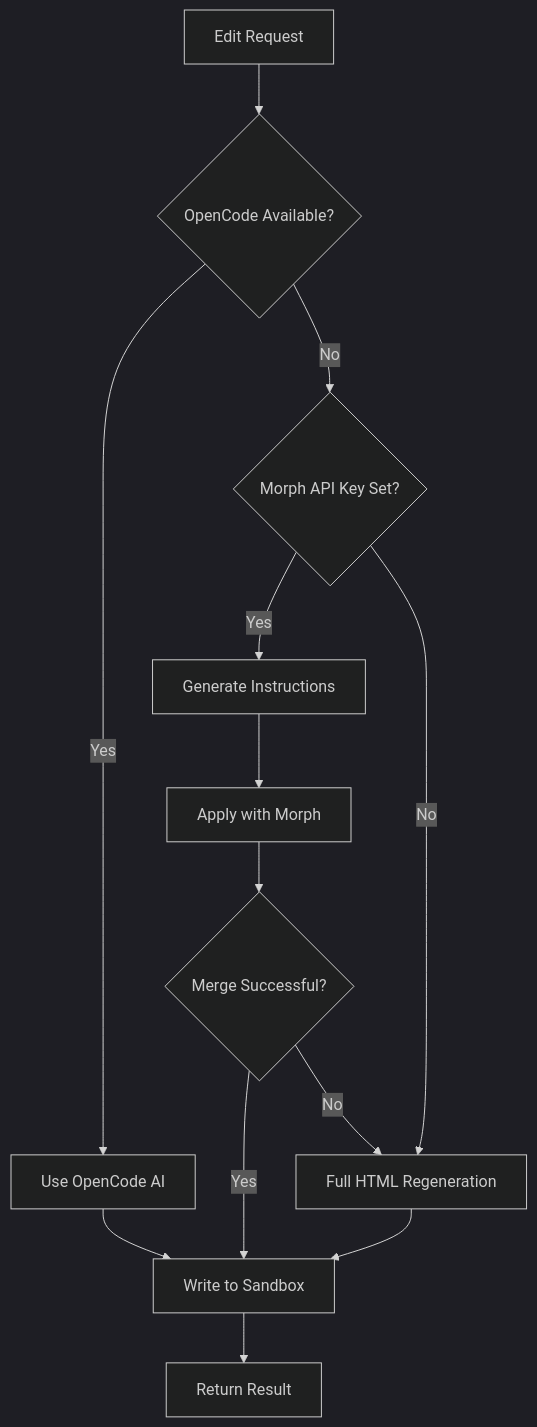
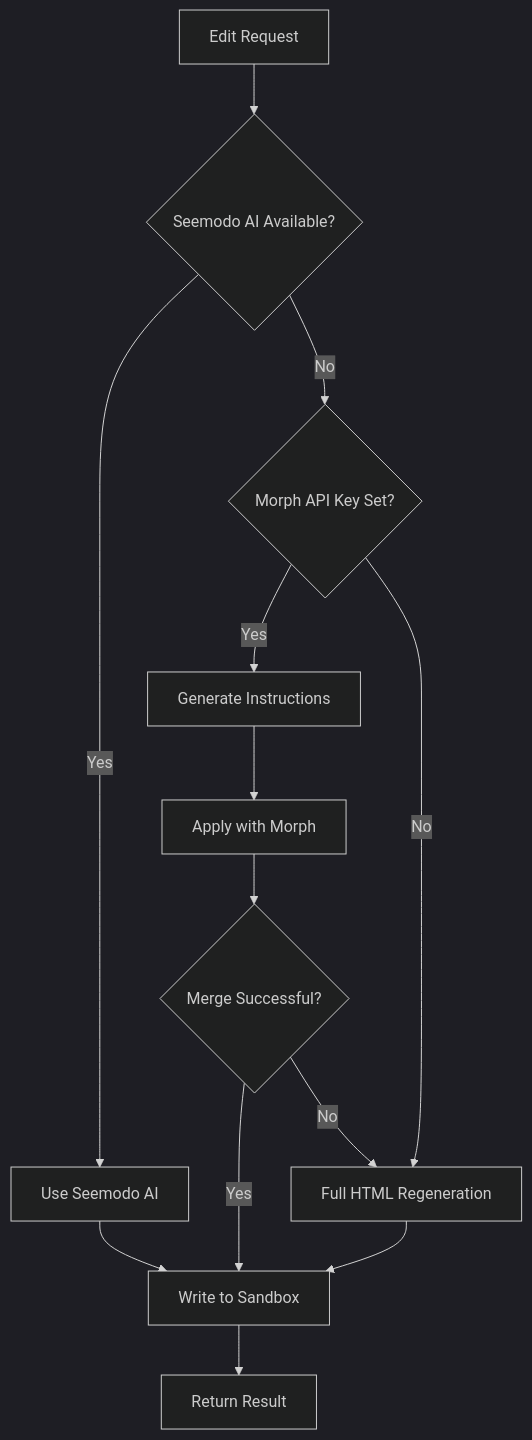
The diagram in api-reference/endpoint/edit-screen.mdx (Seemodo/docs), drawn with Mermaid (dark theme) before and after one commit. The commit also changed other lines of this file and 23 other files, not shown here.

Commit message:
Update documentation to replace all instances of "OpenCode" with "Seemodo AI" across multiple files, including AGENTS.md, README.md, and various API reference documents, ensuring consistency with the new branding.

````diff
--- a/api-reference/endpoint/edit-screen.mdx
+++ b/api-reference/endpoint/edit-screen.mdx
@@ -110,15 +110,15 @@
 ```mermaid
 flowchart TD
-    A[Edit Request] --> B{OpenCode Available?}
-    B -->|Yes| C[Use OpenCode AI]
+    A[Edit Request] --> B{Seemodo AI Available?}
+    B -->|Yes| C[Use Seemodo AI]
     B -->|No| D{Morph API Key Set?}
     C --> E[Write to Sandbox]
     D -->|Yes| F[Generate Instructions]
     D -->|No| G[Full HTML Regeneration]
     F --> H[Apply with Morph]
     H --> I{Merge Successful?}
     I -->|Yes| E
     I -->|No| G
     G --> E
     E --> J[Return Result]
 ```
````
